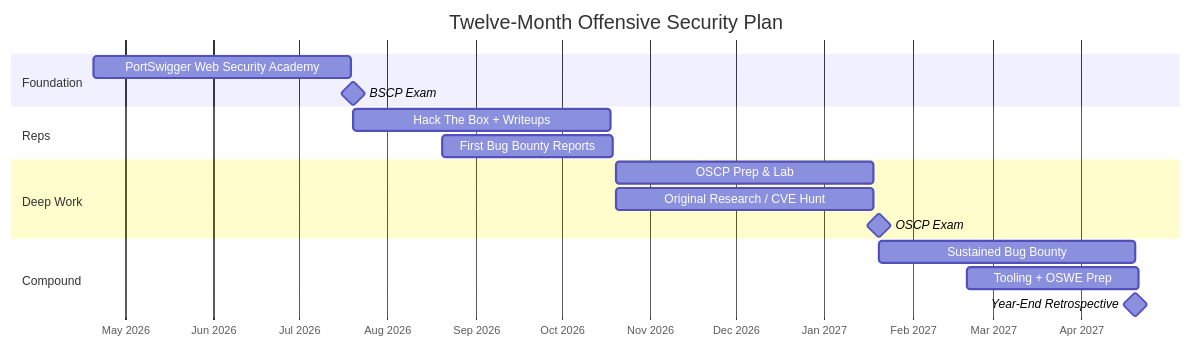
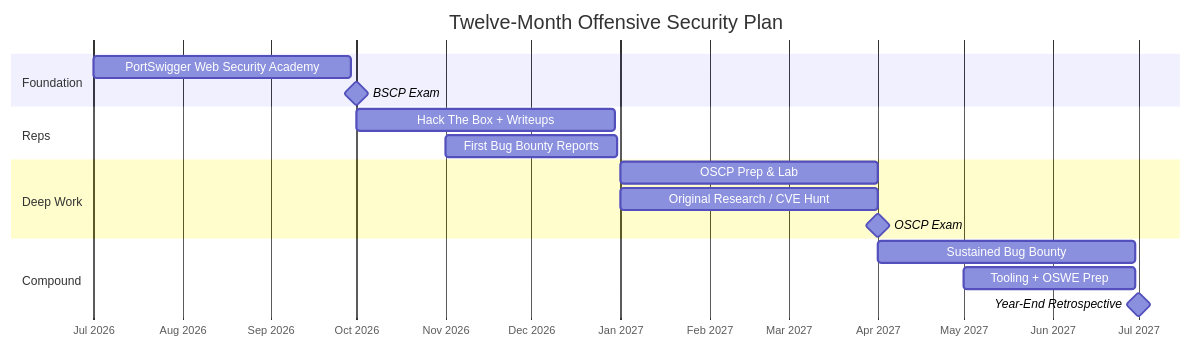
One commit to marie-schmidt/security-research changed the first of 2 diagrams in src/content/posts/2026-04-20-a-year-of-offensive-security.md. Above: the diagram before and after it, drawn with Mermaid. The commit also changed other lines of this file, not shown here.

Commit message:
fix: Update timeline for offensive security plan to reflect revised dates for training and milestones

````diff
--- a/src/content/posts/2026-04-20-a-year-of-offensive-security.md
+++ b/src/content/posts/2026-04-20-a-year-of-offensive-security.md
@@ -37,24 +37,24 @@
 ```mermaid
 gantt
    title Twelve-Month Offensive Security Plan
    dateFormat  YYYY-MM-DD
    axisFormat  %b %Y
 
    section Foundation
-   PortSwigger Web Security Academy  :f1, 2026-04-20, 90d
-   BSCP Exam                         :milestone, 2026-07-20, 0d
+   PortSwigger Web Security Academy  :f1, 2026-07-01, 90d
+   BSCP Exam                         :milestone, 2026-10-01, 0d
 
    section Reps
-   Hack The Box + Writeups           :r1, 2026-07-20, 90d
-   First Bug Bounty Reports          :r2, 2026-08-20, 60d
+   Hack The Box + Writeups           :r1, 2026-10-01, 90d
+   First Bug Bounty Reports          :r2, 2026-11-01, 60d
 
    section Deep Work
-   OSCP Prep & Lab                   :d1, 2026-10-20, 90d
-   Original Research / CVE Hunt      :d2, 2026-10-20, 90d
-   OSCP Exam                         :milestone, 2027-01-20, 0d
+   OSCP Prep & Lab                   :d1, 2027-01-01, 90d
+   Original Research / CVE Hunt      :d2, 2027-01-01, 90d
+   OSCP Exam                         :milestone, 2027-04-01, 0d
 
    section Compound
-   Sustained Bug Bounty              :c1, 2027-01-20, 90d
-   Tooling + OSWE Prep               :c2, 2027-02-20, 60d
-   Year-End Retrospective            :milestone, 2027-04-20, 0d
+   Sustained Bug Bounty              :c1, 2027-04-01, 90d
+   Tooling + OSWE Prep               :c2, 2027-05-01, 60d
+   Year-End Retrospective            :milestone, 2027-07-01, 0d
 ```
````
